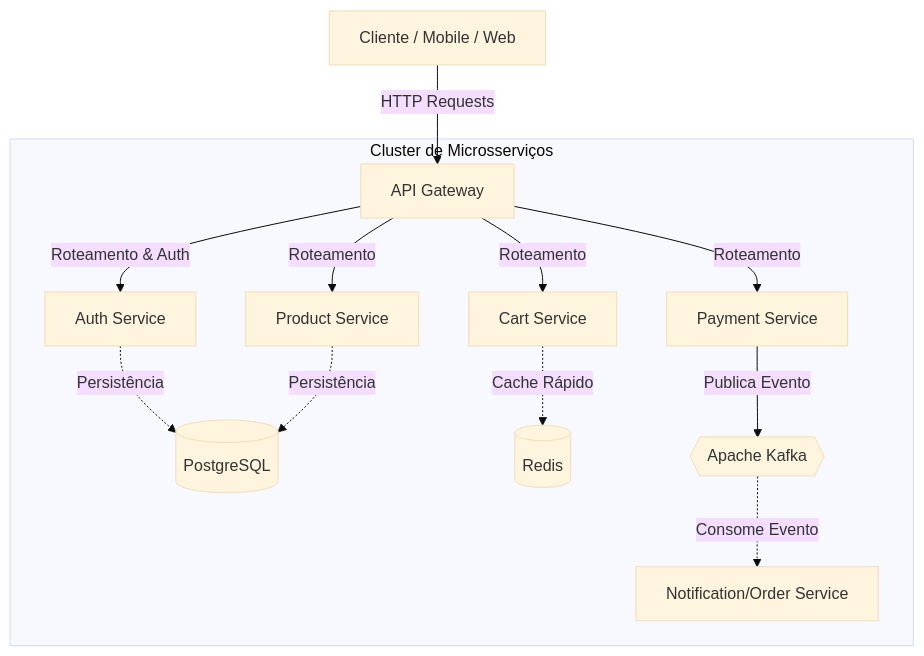
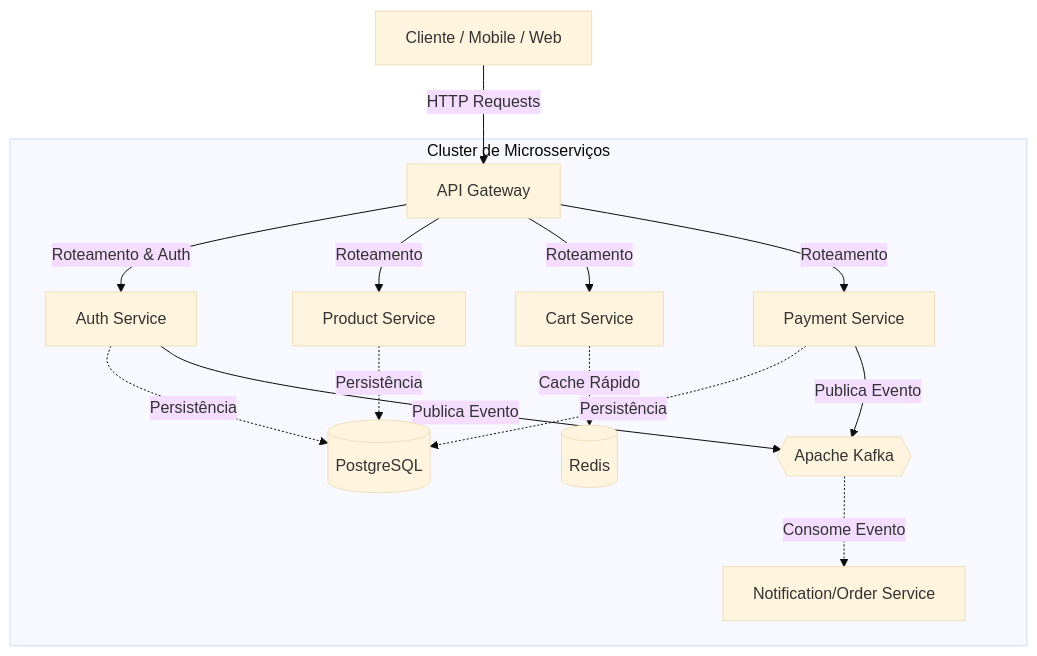
Before and after one commit to carlosalves77/ecommerce_microservices: the diagram in README.md, drawn with Mermaid (base theme).

````diff
--- a/README.md
+++ b/README.md
@@ -19,19 +19,21 @@
 ```mermaid
 graph TD
     Client[Cliente / Mobile / Web] -->|HTTP Requests| Gateway[API Gateway]
     
     subgraph "Cluster de Microsserviços"
         Gateway -->|Roteamento & Auth| AuthService[Auth Service]
         Gateway -->|Roteamento| ProductService[Product Service]
         Gateway -->|Roteamento| CartService[Cart Service]
         Gateway -->|Roteamento| PaymentService[Payment Service]
         
         AuthService -.->|Persistência| Postgres[(PostgreSQL)]
         ProductService -.->|Persistência| Postgres
+        PaymentService -.->|Persistência| Postgres
         CartService -.->|Cache Rápido| Redis[(Redis)]
         
         PaymentService -->|Publica Evento| Kafka{{Apache Kafka}}
+        AuthService -->|Publica Evento| Kafka{{Apache Kafka}}
         Kafka -.->|Consome Evento| Notification[Notification/Order Service]
     end
 
 ```
````
